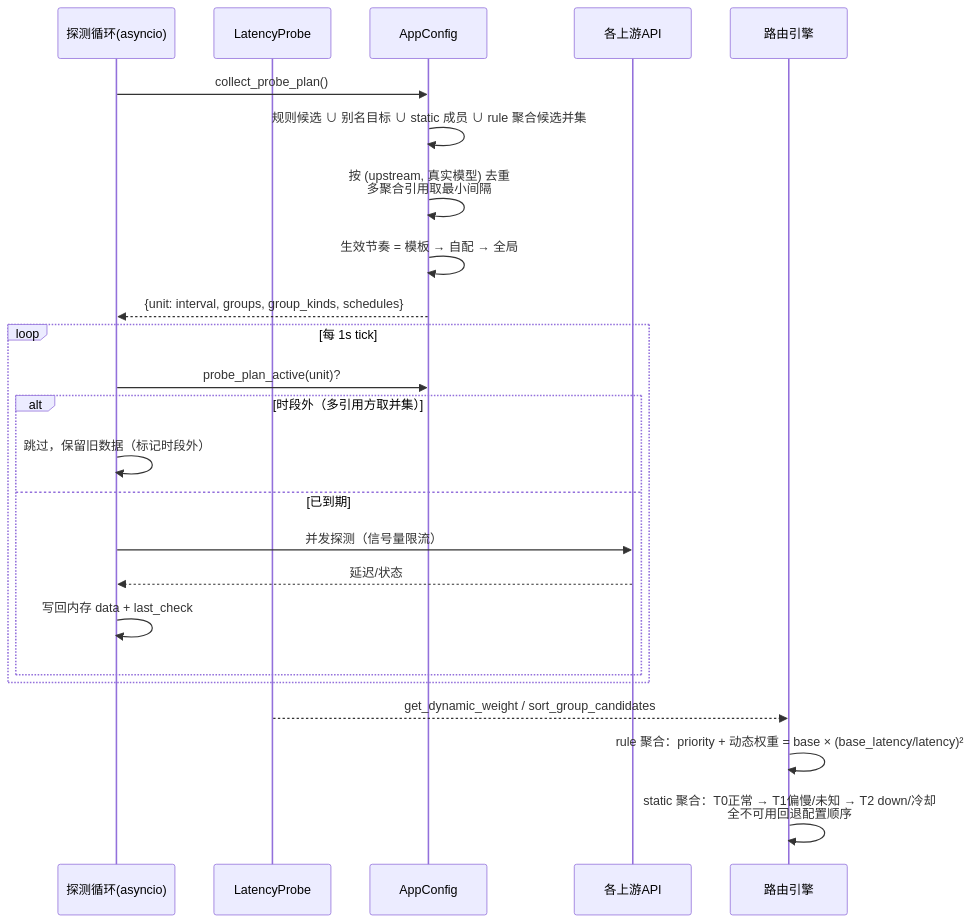
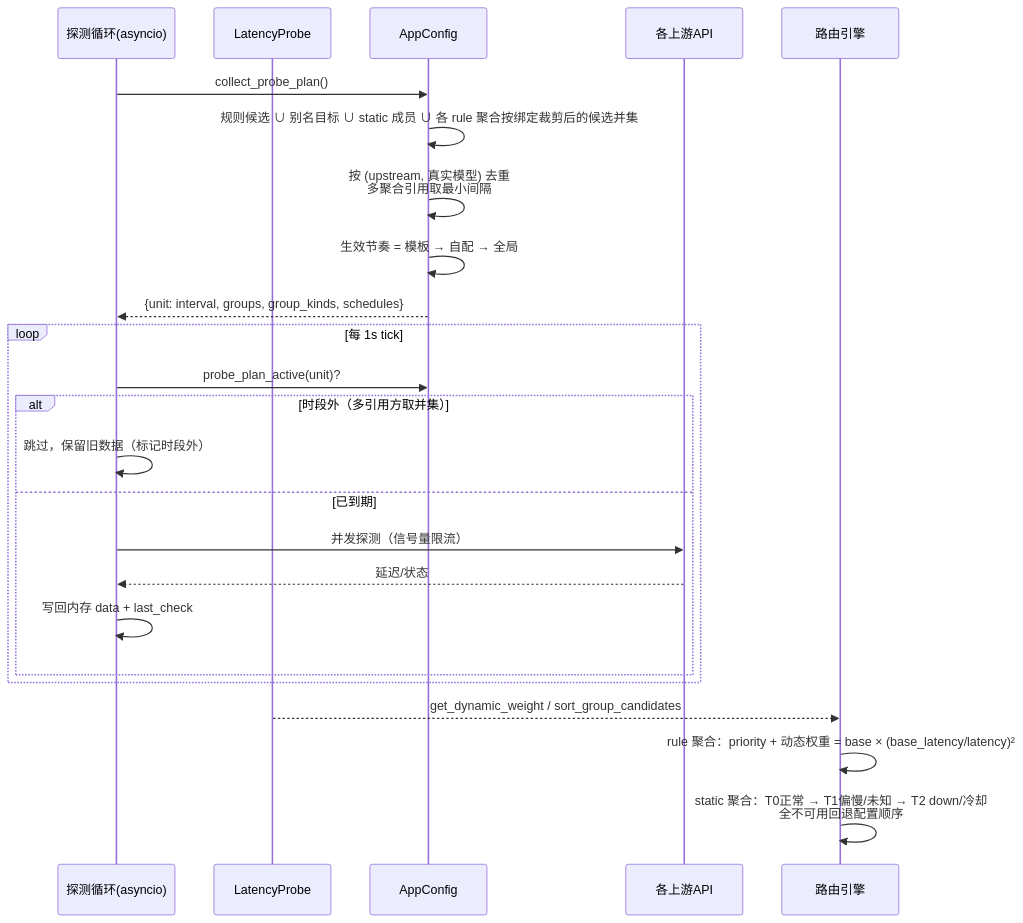
One commit to 66wjz/smart_router changed the second of 4 diagrams in docs/系统核心流程.md. Above: the diagram before and after it, drawn with Mermaid. The commit also changed other lines of this file and 25 other files, not shown here.

````diff
--- a/docs/系统核心流程.md
+++ b/docs/系统核心流程.md
@@ -66,27 +66,27 @@
 ```mermaid
 sequenceDiagram
     participant T as 探测循环(asyncio)
     participant P as LatencyProbe
     participant C as AppConfig
     participant U as 各上游API
     participant E as 路由引擎
 
     T->>C: collect_probe_plan()
-    C->>C: 规则候选 ∪ 别名目标 ∪ static 成员 ∪ rule 聚合候选并集
+    C->>C: 规则候选 ∪ 别名目标 ∪ static 成员 ∪ 各 rule 聚合按绑定裁剪后的候选并集
     C->>C: 按 (upstream, 真实模型) 去重<br/>多聚合引用取最小间隔
     C->>C: 生效节奏 = 模板 → 自配 → 全局
     C-->>T: {unit: interval, groups, group_kinds, schedules}
     loop 每 1s tick
         T->>C: probe_plan_active(unit)?
         alt 时段外（多引用方取并集）
             T->>T: 跳过，保留旧数据（标记时段外）
         else 已到期
             T->>U: 并发探测（信号量限流）
             U-->>T: 延迟/状态
             T->>T: 写回内存 data + last_check
         end
     end
     P-->>E: get_dynamic_weight / sort_group_candidates
     E->>E: rule 聚合：priority + 动态权重 = base × (base_latency/latency)²
     E->>E: static 聚合：T0正常 → T1偏慢/未知 → T2 down/冷却<br/>全不可用回退配置顺序
 ```
````
